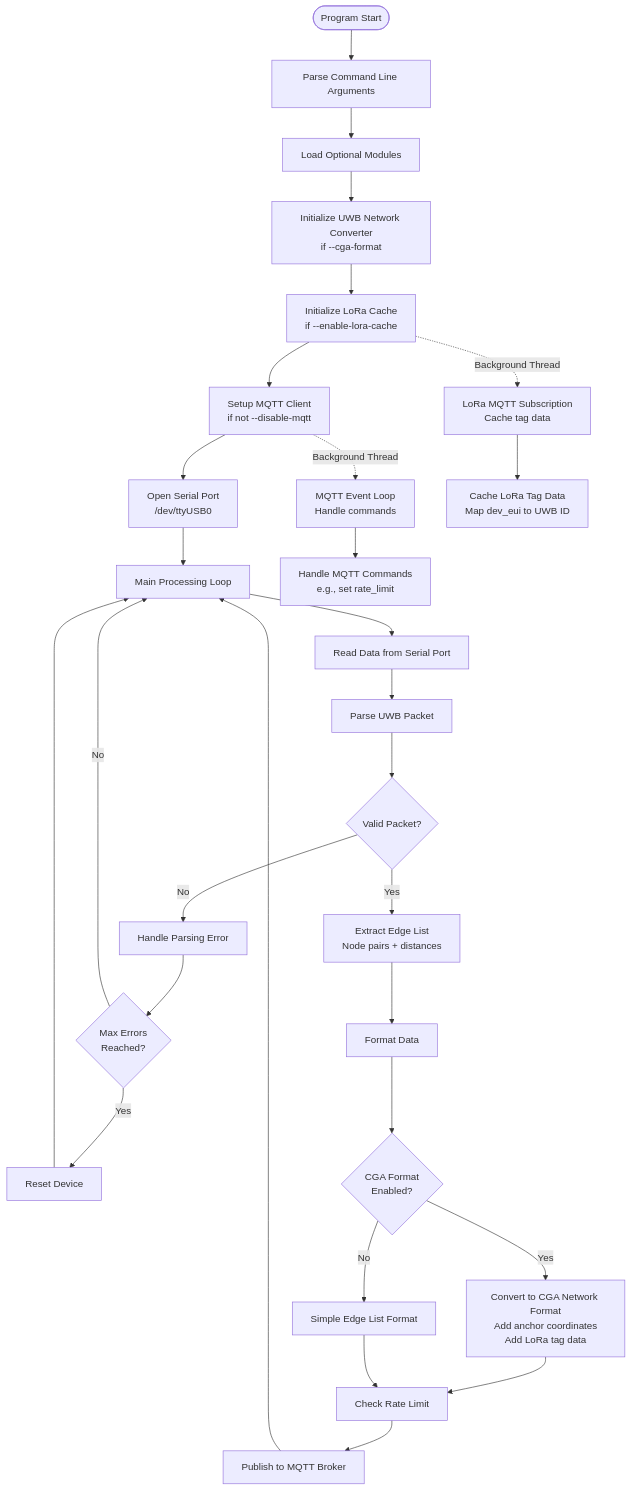
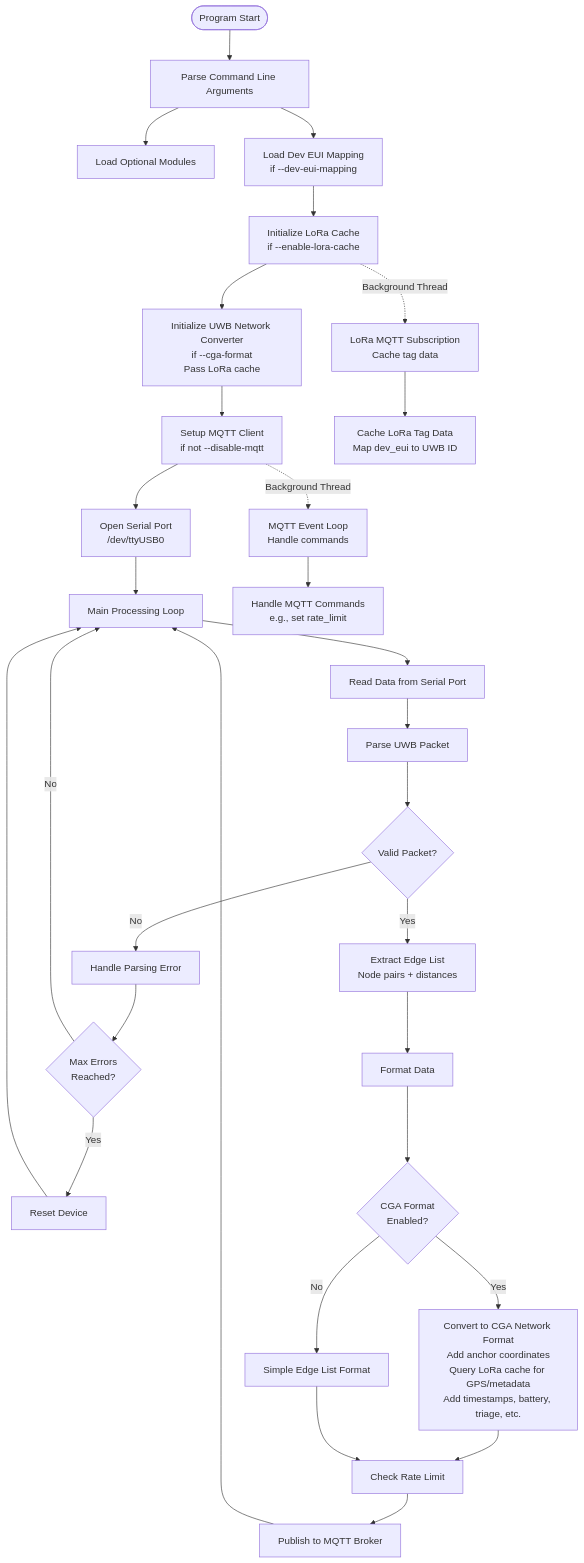
The first of 7 diagrams in PROGRAM_FLOW.md (DynamicDevices/uwb-mqtt-publisher), drawn with Mermaid before and after one commit. The commit also changed other lines of this file, not shown here.

First line of the commit message:
Update Mermaid diagrams and add future enhancements section

````diff
--- a/PROGRAM_FLOW.md
+++ b/PROGRAM_FLOW.md
@@ -7,37 +7,38 @@
 ```mermaid
 graph TB
     Start([Program Start]) --> ParseArgs[Parse Command Line Arguments]
     ParseArgs --> LoadModules[Load Optional Modules]
-    LoadModules --> InitUWB[Initialize UWB Network Converter<br/>if --cga-format]
-    InitUWB --> InitLoRa[Initialize LoRa Cache<br/>if --enable-lora-cache]
-    InitLoRa --> SetupMQTT[Setup MQTT Client<br/>if not --disable-mqtt]
+    ParseArgs --> LoadDevEUIMap[Load Dev EUI Mapping<br/>if --dev-eui-mapping]
+    LoadDevEUIMap --> InitLoRa[Initialize LoRa Cache<br/>if --enable-lora-cache]
+    InitLoRa --> InitUWB[Initialize UWB Network Converter<br/>if --cga-format<br/>Pass LoRa cache]
+    InitUWB --> SetupMQTT[Setup MQTT Client<br/>if not --disable-mqtt]
     SetupMQTT --> OpenSerial[Open Serial Port<br/>/dev/ttyUSB0]
     OpenSerial --> MainLoop[Main Processing Loop]
     
     MainLoop --> ReadSerial[Read Data from Serial Port]
     ReadSerial --> ParsePacket[Parse UWB Packet]
     ParsePacket --> ValidateData{Valid Packet?}
     ValidateData -->|No| HandleError[Handle Parsing Error]
     HandleError --> CheckMaxErrors{Max Errors<br/>Reached?}
     CheckMaxErrors -->|Yes| ResetDevice[Reset Device]
     CheckMaxErrors -->|No| MainLoop
     ResetDevice --> MainLoop
     
     ValidateData -->|Yes| ExtractEdges[Extract Edge List<br/>Node pairs + distances]
     ExtractEdges --> FormatData[Format Data]
     FormatData --> CheckCGA{CGA Format<br/>Enabled?}
     
-    CheckCGA -->|Yes| ConvertCGA[Convert to CGA Network Format<br/>Add anchor coordinates<br/>Add LoRa tag data]
+    CheckCGA -->|Yes| ConvertCGA[Convert to CGA Network Format<br/>Add anchor coordinates<br/>Query LoRa cache for GPS/metadata<br/>Add timestamps, battery, triage, etc.]
     CheckCGA -->|No| SimpleFormat[Simple Edge List Format]
     
     ConvertCGA --> RateLimit[Check Rate Limit]
     SimpleFormat --> RateLimit
     RateLimit --> PublishMQTT[Publish to MQTT Broker]
     PublishMQTT --> MainLoop
     
     SetupMQTT -.->|Background Thread| MQTTLoop[MQTT Event Loop<br/>Handle commands]
     InitLoRa -.->|Background Thread| LoRaLoop[LoRa MQTT Subscription<br/>Cache tag data]
     
     MQTTLoop --> HandleCommands[Handle MQTT Commands<br/>e.g., set rate_limit]
     LoRaLoop --> CacheLoRaData[Cache LoRa Tag Data<br/>Map dev_eui to UWB ID]
 ```
````
